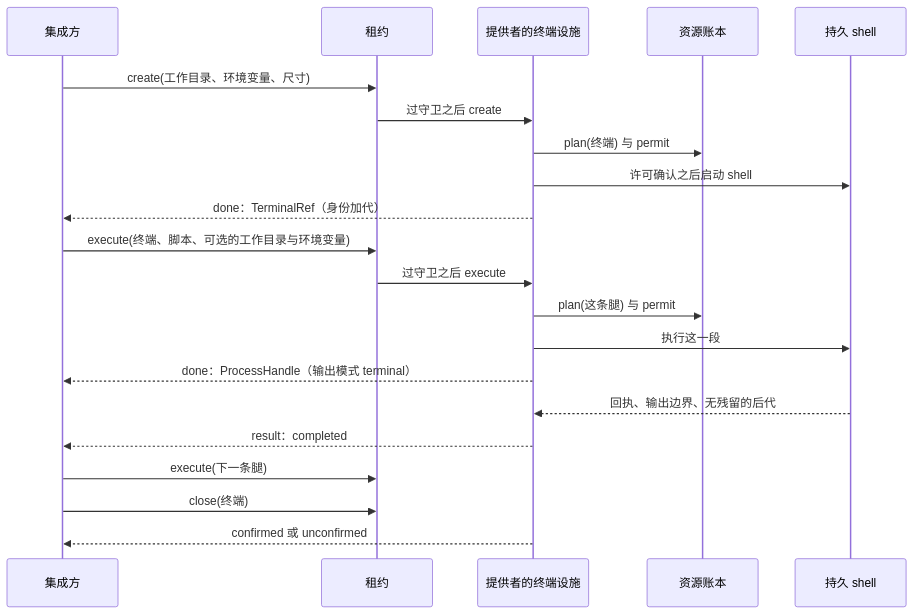
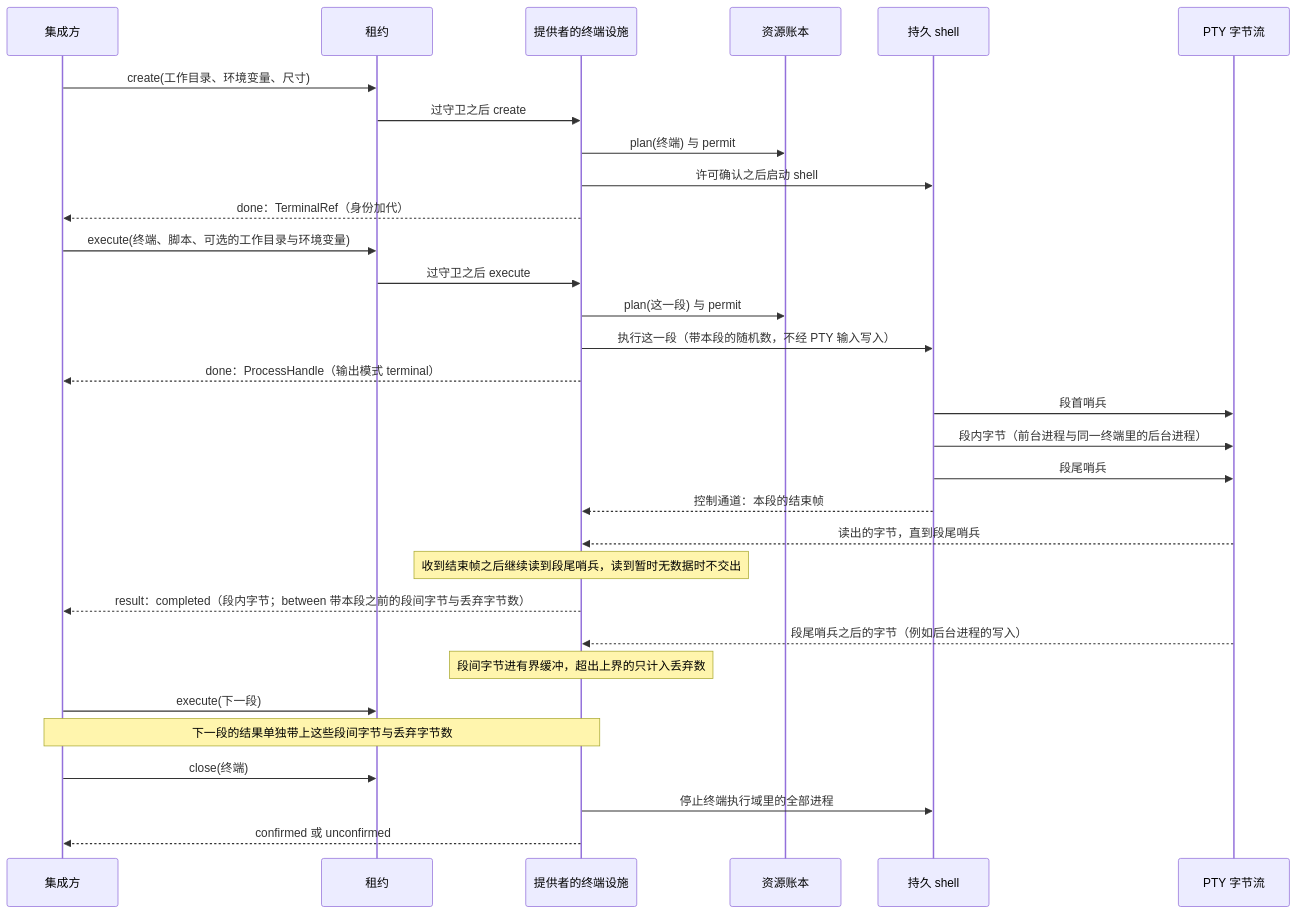
One commit to nemori-ai/omne-harness-lite changed the eighth of 11 diagrams in packages/execution/execution-environment-contract/docs/flows.md. Above: the diagram before and after it, drawn with Mermaid. The commit also changed other lines of this file, not shown here.

````diff
--- a/packages/execution/execution-environment-contract/docs/flows.md
+++ b/packages/execution/execution-environment-contract/docs/flows.md
@@ -289,23 +296,33 @@
 ```mermaid
 sequenceDiagram
   participant I as 集成方
   participant L as 租约
   participant P as 提供者的终端设施
   participant R as 资源账本
   participant S as 持久 shell
+  participant Y as PTY 字节流
   I->>L: create(工作目录、环境变量、尺寸)
   L->>P: 过守卫之后 create
   P->>R: plan(终端) 与 permit
   P->>S: 许可确认之后启动 shell
   P-->>I: done：TerminalRef（身份加代）
   I->>L: execute(终端、脚本、可选的工作目录与环境变量)
   L->>P: 过守卫之后 execute
-  P->>R: plan(这条腿) 与 permit
-  P->>S: 执行这一段
+  P->>R: plan(这一段) 与 permit
+  P->>S: 执行这一段（带本段的随机数，不经 PTY 输入写入）
   P-->>I: done：ProcessHandle（输出模式 terminal）
-  S-->>P: 回执、输出边界、无残留的后代
-  P-->>I: result：completed
-  I->>L: execute(下一条腿)
+  S->>Y: 段首哨兵
+  S->>Y: 段内字节（前台进程与同一终端里的后台进程）
+  S->>Y: 段尾哨兵
+  S-->>P: 控制通道：本段的结束帧
+  Y-->>P: 读出的字节，直到段尾哨兵
+  Note over P: 收到结束帧之后继续读到段尾哨兵，读到暂时无数据时不交出
+  P-->>I: result：completed（段内字节；between 带本段之前的段间字节与丢弃字节数）
+  Y-->>P: 段尾哨兵之后的字节（例如后台进程的写入）
+  Note over P: 段间字节进有界缓冲，超出上界的只计入丢弃数
+  I->>L: execute(下一段)
+  Note over I,P: 下一段的结果单独带上这些段间字节与丢弃字节数
   I->>L: close(终端)
+  P->>S: 停止终端执行域里的全部进程
   P-->>I: confirmed 或 unconfirmed
 ```
````
